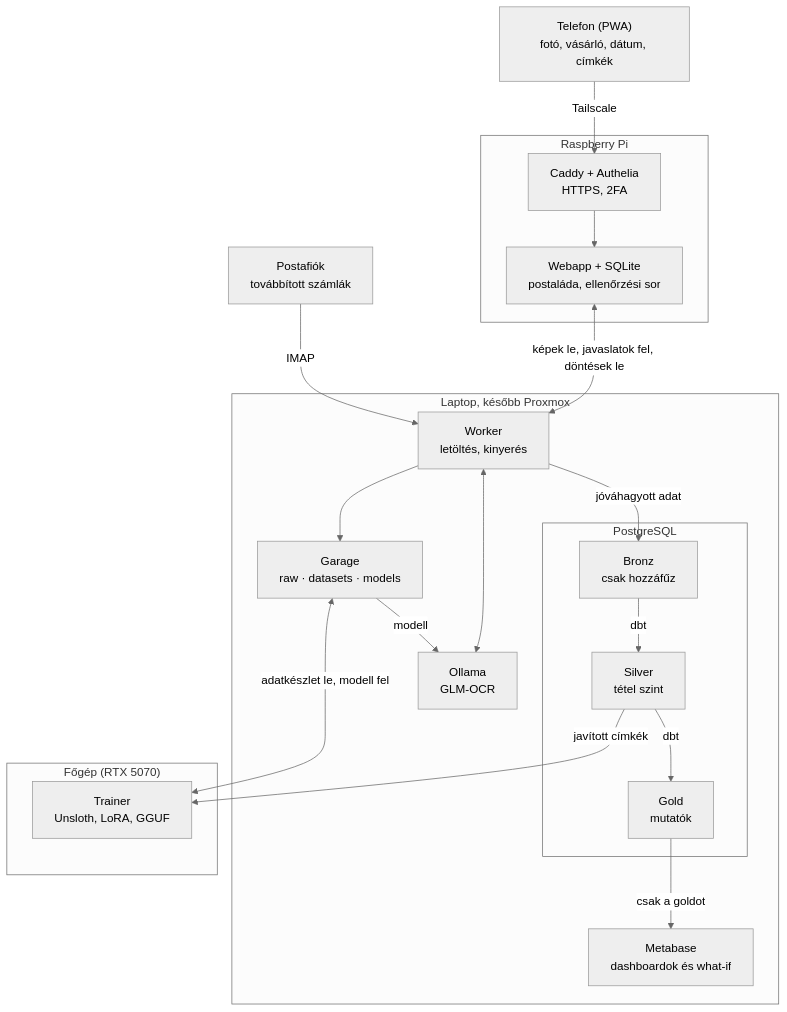
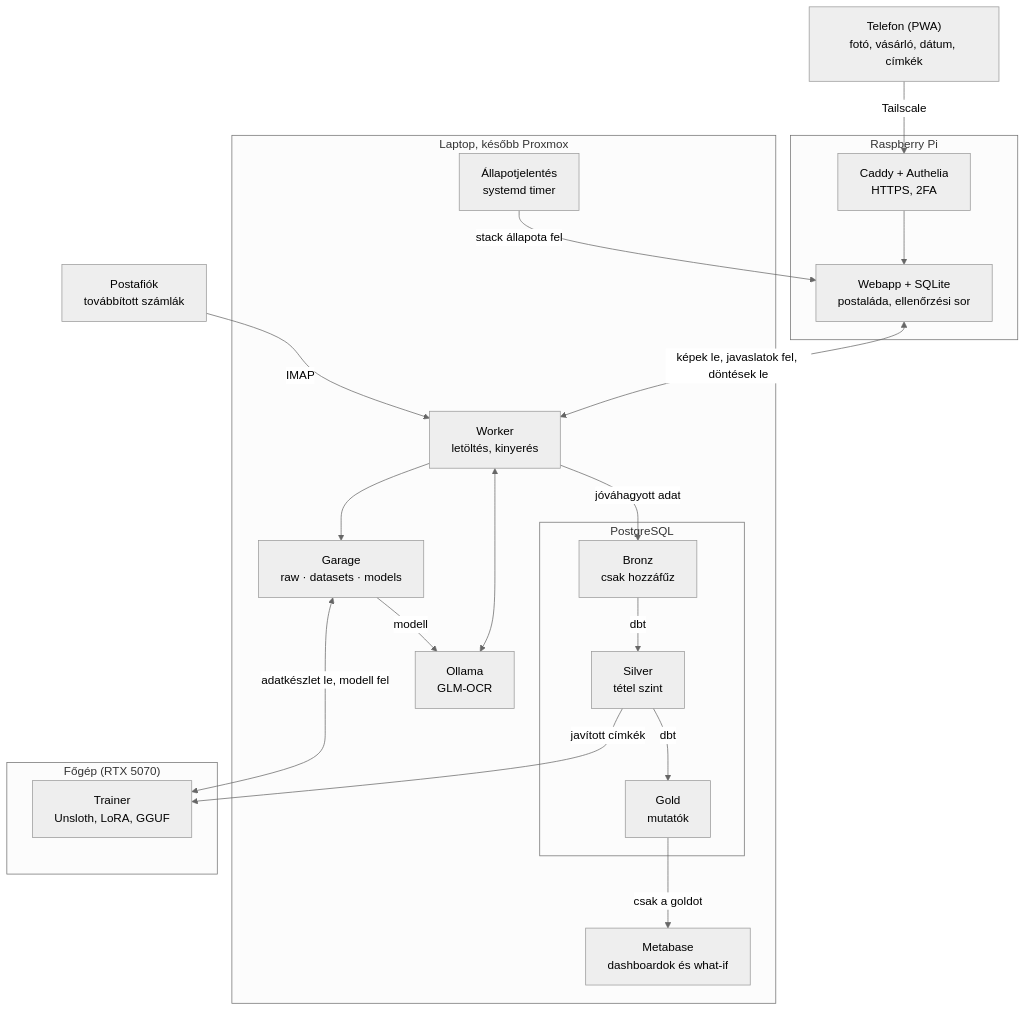
The diagram in docs/Technikai terv.md (Pokol-olvr/finance-tracker), drawn with Mermaid (neutral theme) before and after one commit. The commit also changed other lines of this file and 3 other files, not shown here.

````diff
--- a/docs/Technikai terv.md
+++ b/docs/Technikai terv.md
@@ -16,30 +16,32 @@
 ```mermaid
 flowchart TB
   tel["Telefon (PWA)<br/>fotó, vásárló, dátum, címkék"]
   mail["Postafiók<br/>továbbított számlák"]
   subgraph pi["Raspberry Pi"]
     caddy["Caddy + Authelia<br/>HTTPS, 2FA"] --> web["Webapp + SQLite<br/>postaláda, ellenőrzési sor"]
   end
   subgraph home["Laptop, később Proxmox"]
     ollama["Ollama<br/>GLM-OCR"]
     worker["Worker<br/>letöltés, kinyerés"]
     garage["Garage<br/>raw · datasets · models"]
     subgraph pg["PostgreSQL"]
       bronz["Bronz<br/>csak hozzáfűz"] -->|dbt| silver["Silver<br/>tétel szint"] -->|dbt| gold["Gold<br/>mutatók"]
     end
     metabase["Metabase<br/>dashboardok és what-if"]
+    status["Állapotjelentés<br/>systemd timer"]
   end
   subgraph main["Főgép (RTX 5070)"]
     trainer["Trainer<br/>Unsloth, LoRA, GGUF"]
   end
   tel -->|Tailscale| caddy
   web <-->|"képek le, javaslatok fel, döntések le"| worker
   mail -->|IMAP| worker
   worker <--> ollama
+  status -->|"stack állapota fel"| web
   worker --> garage
   worker -->|jóváhagyott adat| bronz
   gold -->|csak a goldot| metabase
   silver -->|javított címkék| trainer
   garage <-->|"adatkészlet le, modell fel"| trainer
   garage -->|modell| ollama
 ```
````
